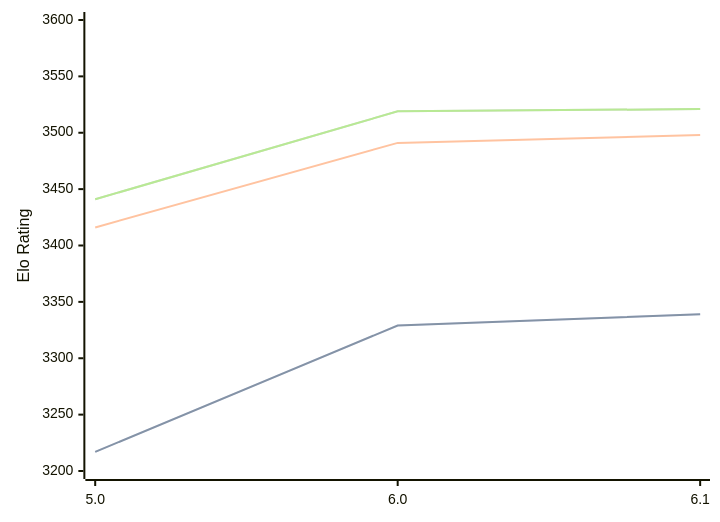
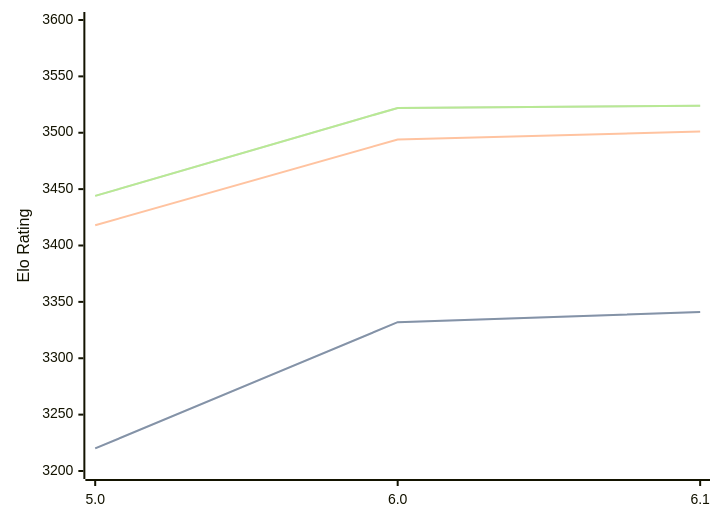
Before and after one commit to computer-chess-index/cci: the diagram in engines/Starzix.md, drawn with Mermaid. The commit also changed other lines of this file, not shown here.

Commit message:
Update CCI Ratings (ELO VLTC) - 2026-09-24

````diff
--- a/engines/Starzix.md
+++ b/engines/Starzix.md
@@ -33,11 +33,11 @@
 ```mermaid
 %%{init: {"theme":"base","themeVariables":{"seriesColors:['#a3a3a3','#222221','#faa371']}}}%%
 xychart-beta
   x-axis ["5.0", "6.0", "6.1"]
   y-axis "Elo Rating" 3200 --> 3600
-  line "" [3217, 3329, 3339]
-  line "STC (8.0+0.08s)" [3217, 3329, 3339]
-  line "LTC (60.0+0.60s)" [3416, 3491, 3498]
-  line "" [3441, 3519, 3521]
-  line "VLTC (2m24s+1.12s)" [3441, 3519, 3521]
+  line "" [3220, 3332, 3341]
+  line "STC (8.0+0.08s)" [3220, 3332, 3341]
+  line "LTC (60.0+0.60s)" [3418, 3494, 3501]
+  line "" [3444, 3522, 3524]
+  line "VLTC (2m24s+1.12s)" [3444, 3522, 3524]
 ```
````
